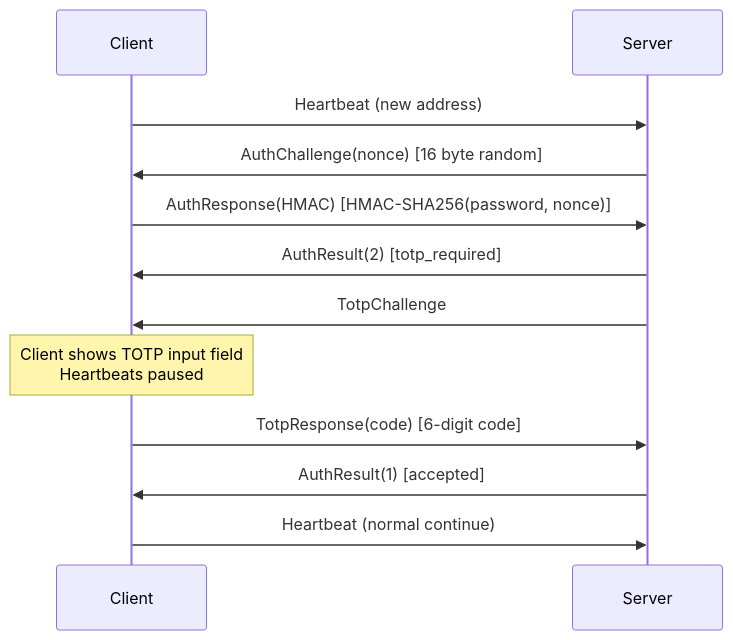
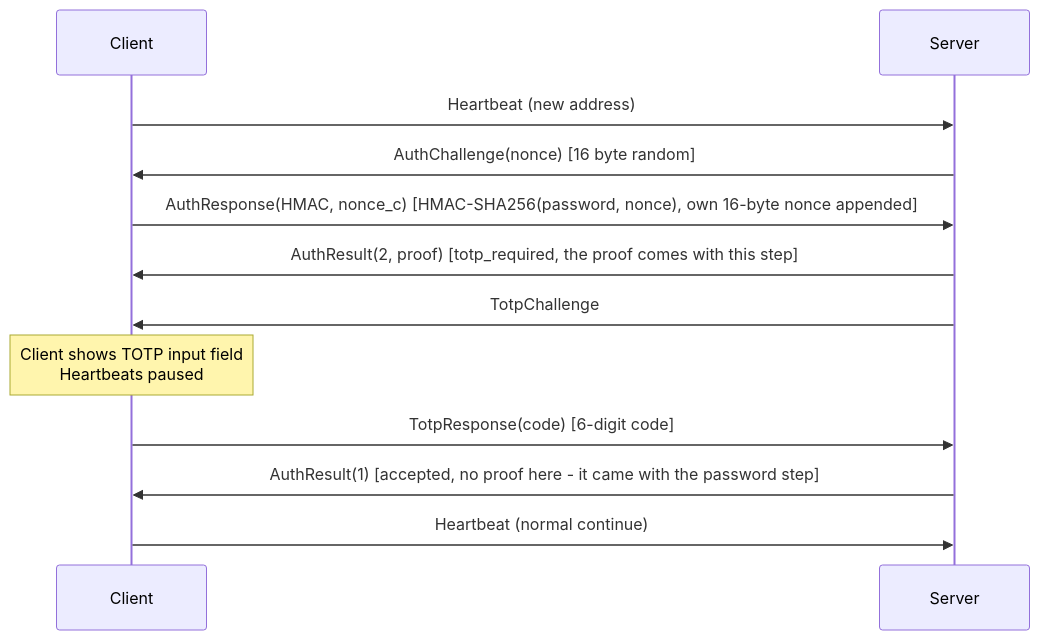
The seventh of 7 diagrams in Technical-Reference.md (cjenschede/ThetisLink), drawn with Mermaid before and after one commit. The commit also changed other lines of this file and 185 other files, not shown here.

````diff
--- a/Technical-Reference.md
+++ b/Technical-Reference.md
@@ -2444,14 +2588,14 @@
 ```mermaid
 sequenceDiagram
     participant C as Client
     participant S as Server
     C->>S: Heartbeat (new address)
     S->>C: AuthChallenge(nonce) [16 byte random]
-    C->>S: AuthResponse(HMAC) [HMAC-SHA256(password, nonce)]
-    S->>C: AuthResult(2) [totp_required]
+    C->>S: AuthResponse(HMAC, nonce_c) [HMAC-SHA256(password, nonce), own 16-byte nonce appended]
+    S->>C: AuthResult(2, proof) [totp_required, the proof comes with this step]
     S->>C: TotpChallenge
     Note over C: Client shows TOTP input field<br/>Heartbeats paused
     C->>S: TotpResponse(code) [6-digit code]
-    S->>C: AuthResult(1) [accepted]
+    S->>C: AuthResult(1) [accepted, no proof here - it came with the password step]
     C->>S: Heartbeat (normal continue)
 ```
````
